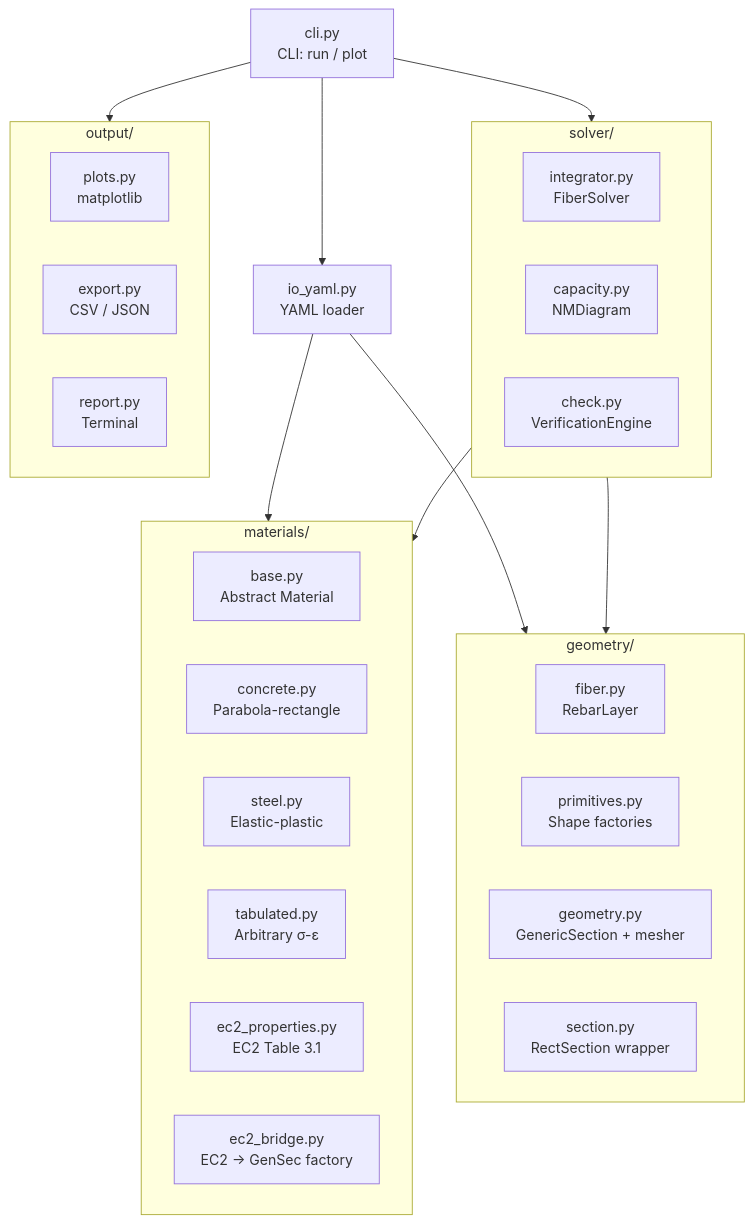
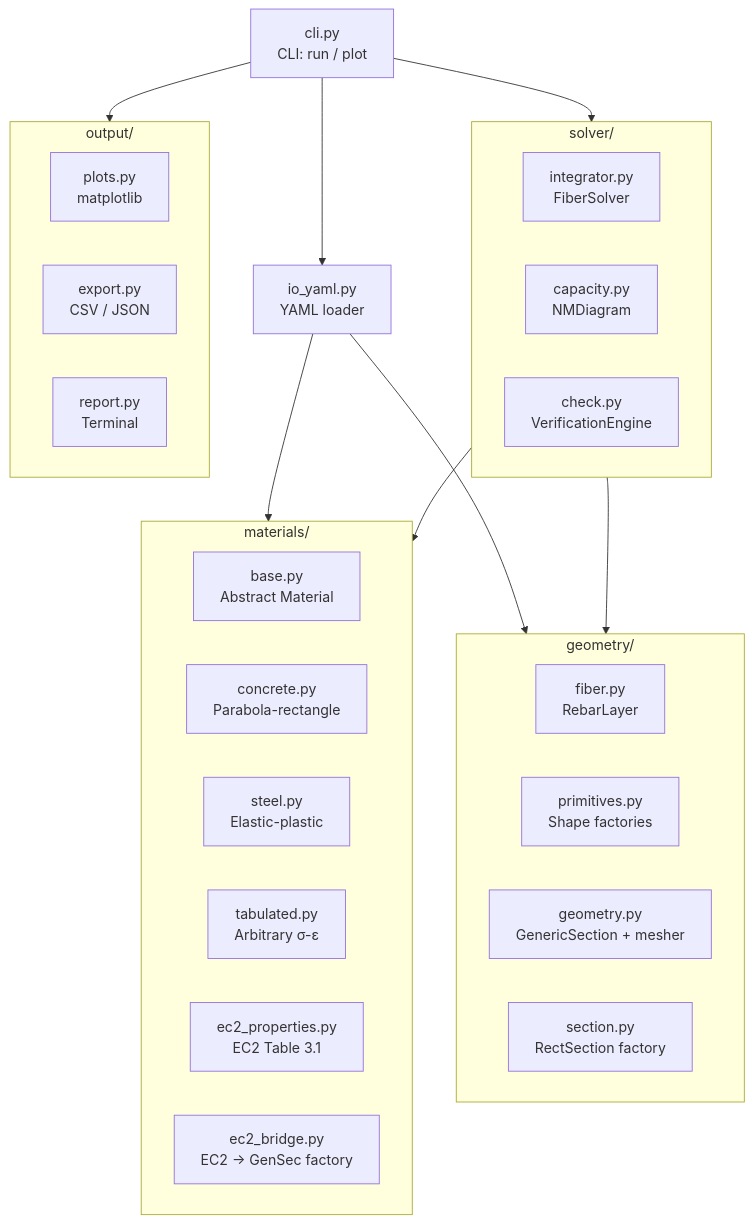
One commit to Jagtree/gensec changed the first of 3 diagrams in docs/architecture/architecture_overview.rst. Above: the diagram before and after it, drawn with Mermaid. The commit also changed other lines of this file and 24 other files, not shown here.

```diff
--- a/docs/architecture/architecture_overview.rst
+++ b/docs/architecture/architecture_overview.rst
@@ -44,41 +44,41 @@
 .. mermaid::
 
    graph TB
        subgraph materials["materials/"]
            base["base.py<br/>Abstract Material"]
            concrete["concrete.py<br/>Parabola-rectangle"]
            steel["steel.py<br/>Elastic-plastic"]
            tabulated["tabulated.py<br/>Arbitrary σ-ε"]
            ec2props["ec2_properties.py<br/>EC2 Table 3.1"]
            ec2bridge["ec2_bridge.py<br/>EC2 → GenSec factory"]
        end
 
        subgraph geometry["geometry/"]
            fiber["fiber.py<br/>RebarLayer"]
            primitives["primitives.py<br/>Shape factories"]
            geom["geometry.py<br/>GenericSection + mesher"]
-           section["section.py<br/>RectSection wrapper"]
+           section["section.py<br/>RectSection factory"]
        end
 
        subgraph solver["solver/"]
            integrator["integrator.py<br/>FiberSolver"]
            capacity["capacity.py<br/>NMDiagram"]
            check["check.py<br/>VerificationEngine"]
        end
 
        subgraph output["output/"]
            plots["plots.py<br/>matplotlib"]
            export["export.py<br/>CSV / JSON"]
            report["report.py<br/>Terminal"]
        end
 
        io_yaml["io_yaml.py<br/>YAML loader"]
        cli["cli.py<br/>CLI: run / plot"]
 
        cli --> io_yaml
        io_yaml --> materials
        io_yaml --> geometry
        cli --> solver
        cli --> output
        solver --> materials
        solver --> geometry
```
